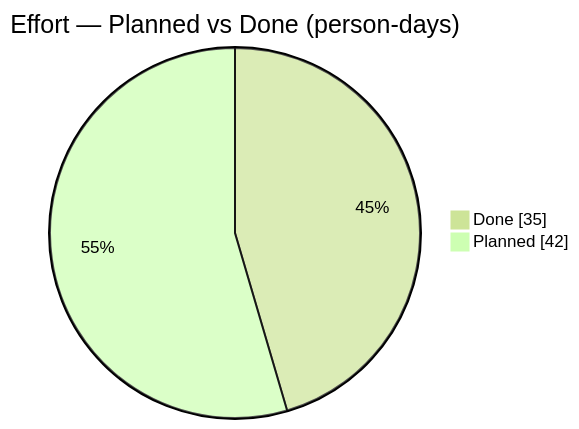
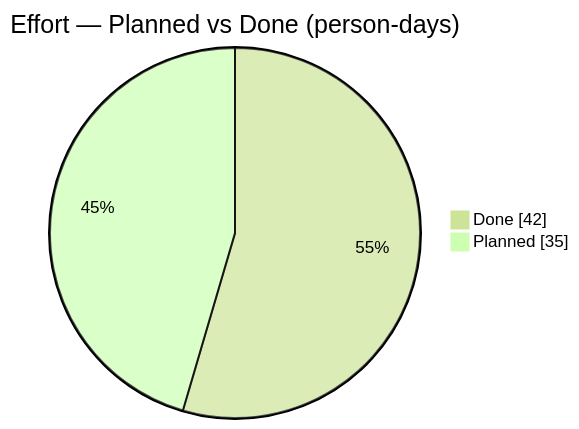
The first of 2 diagrams in docs/_projects/kf-be-platform.md (Katty-Fashion/kf-cpto), drawn with Mermaid (forest theme) before and after one commit. The commit also changed other lines of this file and 14 other files, not shown here.

````diff
--- a/docs/_projects/kf-be-platform.md
+++ b/docs/_projects/kf-be-platform.md
@@ -80,5 +80,5 @@
 ```mermaid
 pie showData title Effort — Planned vs Done (person-days)
-    "Done" : 35.0
-    "Planned" : 42.0
+    "Done" : 42.0
+    "Planned" : 35.0
 ```
````
